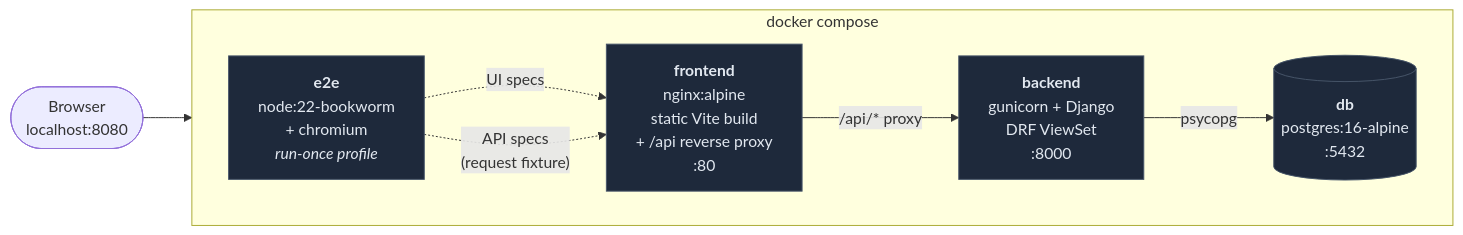
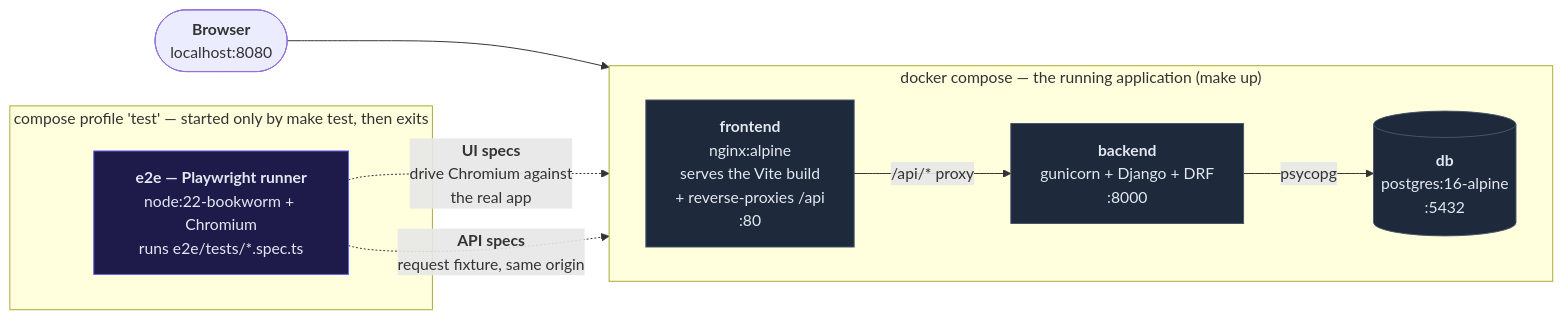
The first of 3 diagrams in docs/SPEC.md (nina-jml/job-management-dashboard), drawn with Mermaid before and after one commit. The commit also changed other lines of this file and 2 other files, not shown here.

Commit message:
docs: label the e2e service as the Playwright runner, add AI session transcript
The architecture diagrams showed the test container as a bare "e2e" node, which
did not read as "this is the Playwright suite". Now labelled as such and split
into its own subgraph, so the running application and the run-once test
container are visually distinct — and the two dashed edges say which kind of
spec each represents.

Also moves the exported AI session transcript into docs/. It is a required
deliverable (AI Usage Guidelines), so it belongs with the other documentation;
README will link it in slice 11.

````diff
--- a/docs/SPEC.md
+++ b/docs/SPEC.md
@@ -11,18 +11,27 @@
 ```mermaid
 flowchart LR
-    subgraph host["docker compose"]
+    user(["<b>Browser</b><br/>localhost:8080"])
+
+    subgraph runtime["docker compose — the running application (make up)"]
         direction LR
-        fe["<b>frontend</b><br/>nginx:alpine<br/>static Vite build<br/>+ /api reverse proxy<br/>:80"]
-        be["<b>backend</b><br/>gunicorn + Django<br/>DRF ViewSet<br/>:8000"]
+        fe["<b>frontend</b><br/>nginx:alpine<br/>serves the Vite build<br/>+ reverse-proxies /api<br/>:80"]
+        be["<b>backend</b><br/>gunicorn + Django + DRF<br/>:8000"]
         db[("<b>db</b><br/>postgres:16-alpine<br/>:5432")]
-        e2e["<b>e2e</b><br/>node:22-bookworm<br/>+ chromium<br/><i>run-once profile</i>"]
     end
-    user(["Browser<br/>localhost:8080"]) --> fe
+
+    subgraph testing["compose profile 'test' — started only by make test, then exits"]
+        e2e["<b>e2e — Playwright runner</b><br/>node:22-bookworm + Chromium<br/>runs e2e/tests/*.spec.ts"]
+    end
+
+    user --> fe
     fe -->|"/api/* proxy"| be
     be -->|"psycopg"| db
-    e2e -.->|"UI specs"| fe
-    e2e -.->|"API specs<br/>(request fixture)"| fe
+
+    e2e -.->|"<b>UI specs</b><br/>drive Chromium against<br/>the real app"| fe
+    e2e -.->|"<b>API specs</b><br/>request fixture, same origin"| fe
 
     classDef svc fill:#1e293b,stroke:#475569,color:#e2e8f0
-    class fe,be,db,e2e svc
+    classDef test fill:#1e1b4b,stroke:#6366f1,color:#e2e8f0
+    class fe,be,db svc
+    class e2e test
 ```
````
